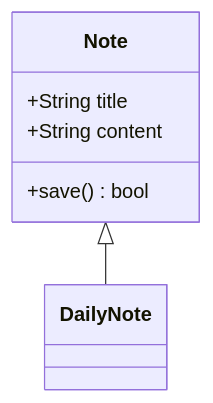
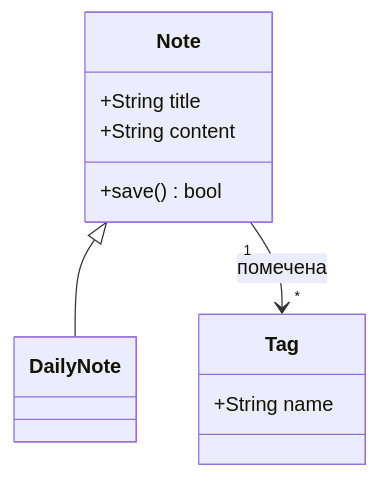
The seventh of 51 diagrams in aquilum-app/native/testdata/markdown-test.md (Freaction/Aquilum), drawn with Mermaid before and after one commit. The commit also changed other lines of this file and 86 other files, not shown here.

Commit message:
0.3.31: диаграммы Mermaid, щелчок сбоку от текста

````diff
--- a/aquilum-app/native/testdata/markdown-test.md
+++ b/aquilum-app/native/testdata/markdown-test.md
@@ -797,9 +855,13 @@
 ```mermaid
 classDiagram
     class Note {
         +String title
         +String content
         +save() bool
     }
+    class Tag {
+        +String name
+    }
     Note <|-- DailyNote
+    Note "1" --> "*" Tag : помечена
 ```
````
